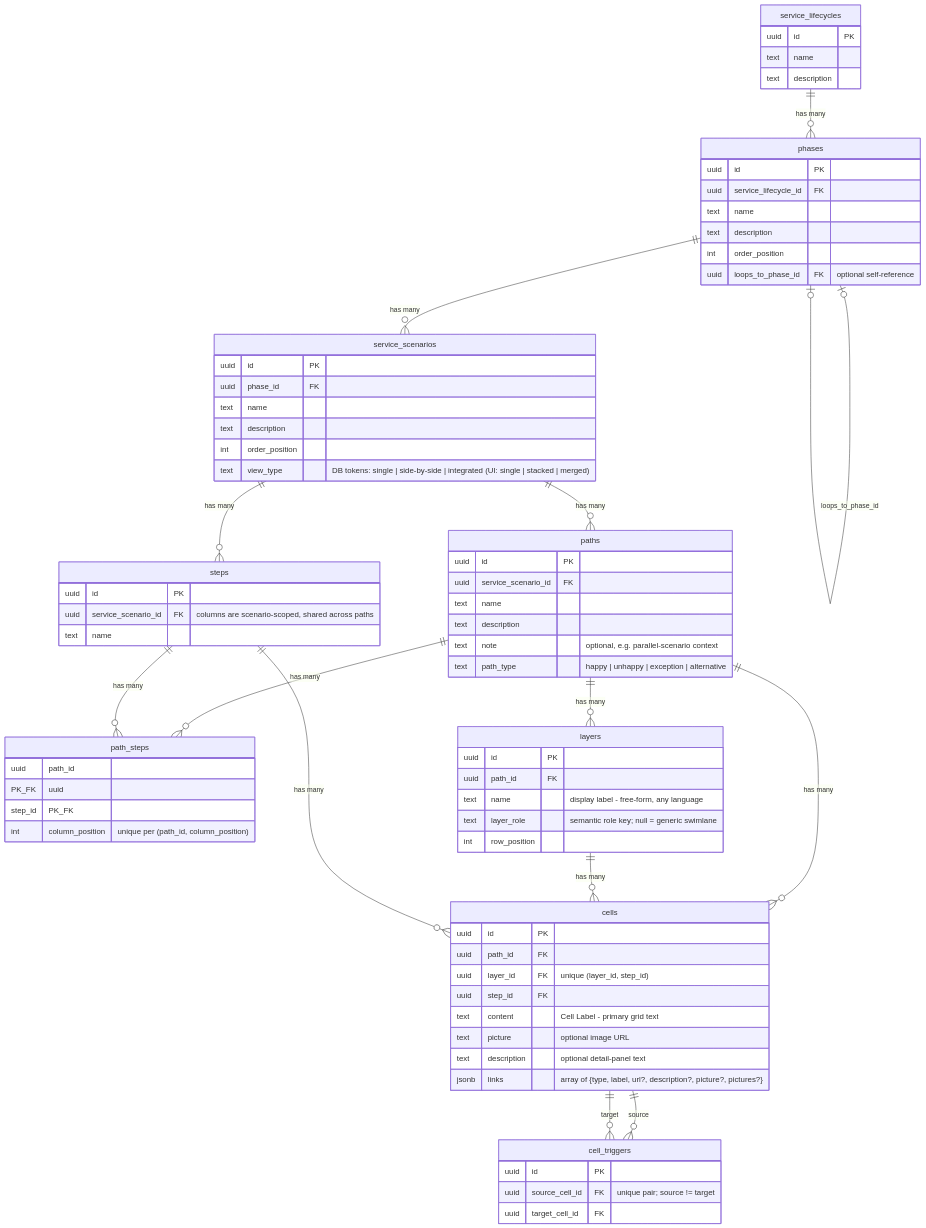
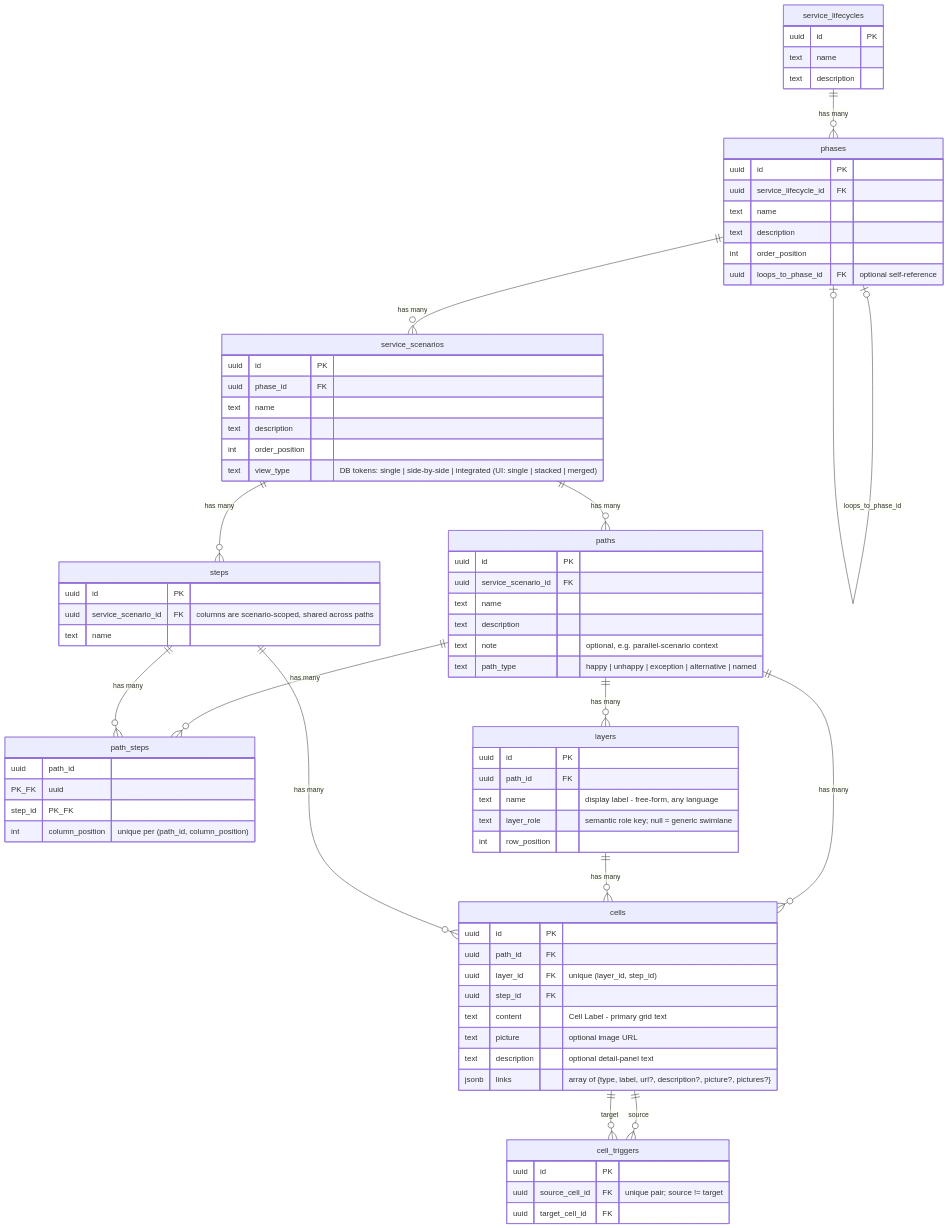
Before and after one commit to BilLogic/plus-uno-blueprint: the diagram in src/lib/agent/skill/references/data-model.md, drawn with Mermaid. The commit also changed other lines of this file and 11 other files, not shown here.

````diff
--- a/src/lib/agent/skill/references/data-model.md
+++ b/src/lib/agent/skill/references/data-model.md
@@ -19,26 +19,26 @@
 ```mermaid
 erDiagram
   service_lifecycles ||--o{ phases : "has many"
   phases ||--o{ service_scenarios : "has many"
   phases |o--o| phases : "loops_to_phase_id"
   service_scenarios ||--o{ paths : "has many"
   service_scenarios ||--o{ steps : "has many"
   paths ||--o{ path_steps : "has many"
   steps ||--o{ path_steps : "has many"
   paths ||--o{ layers : "has many"
   paths ||--o{ cells : "has many"
   layers ||--o{ cells : "has many"
   steps ||--o{ cells : "has many"
   cells ||--o{ cell_triggers : "source"
   cells ||--o{ cell_triggers : "target"
 
   service_lifecycles { uuid id PK  text name  text description }
   phases { uuid id PK  uuid service_lifecycle_id FK  text name  text description  int order_position  uuid loops_to_phase_id FK "optional self-reference" }
   service_scenarios { uuid id PK  uuid phase_id FK  text name  text description  int order_position  text view_type "DB tokens: single | side-by-side | integrated (UI: single | stacked | merged)" }
-  paths { uuid id PK  uuid service_scenario_id FK  text name  text description  text note "optional, e.g. parallel-scenario context"  text path_type "happy | unhappy | exception | alternative" }
+  paths { uuid id PK  uuid service_scenario_id FK  text name  text description  text note "optional, e.g. parallel-scenario context"  text path_type "happy | unhappy | exception | alternative | named" }
   steps { uuid id PK  uuid service_scenario_id FK "columns are scenario-scoped, shared across paths"  text name }
   path_steps { uuid path_id PK_FK  uuid step_id PK_FK  int column_position "unique per (path_id, column_position)" }
   layers { uuid id PK  uuid path_id FK  text name "display label - free-form, any language"  text layer_role "semantic role key; null = generic swimlane"  int row_position }
   cells { uuid id PK  uuid path_id FK  uuid layer_id FK "unique (layer_id, step_id)"  uuid step_id FK  text content "Cell Label - primary grid text"  text picture "optional image URL"  text description "optional detail-panel text"  jsonb links "array of {type, label, url?, description?, picture?, pictures?}" }
   cell_triggers { uuid id PK  uuid source_cell_id FK "unique pair; source != target"  uuid target_cell_id FK }
 ```
````
